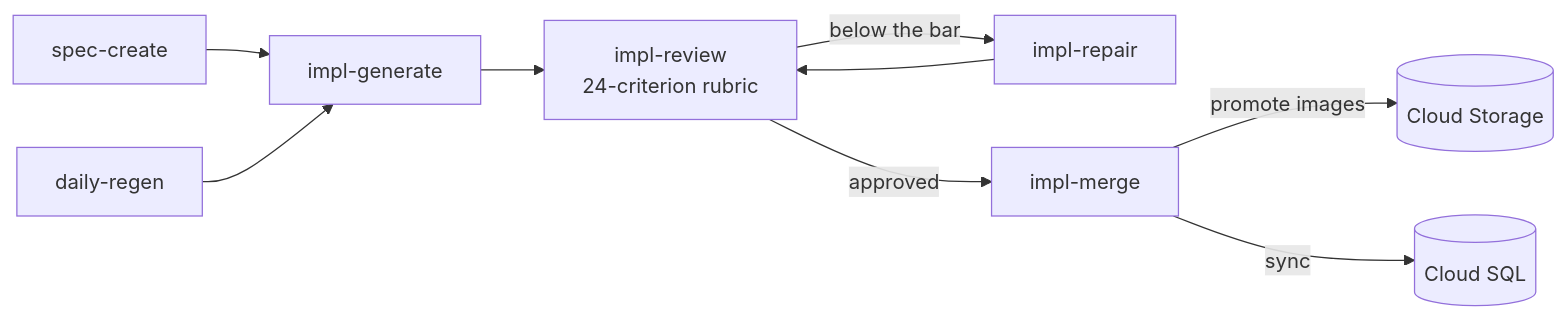
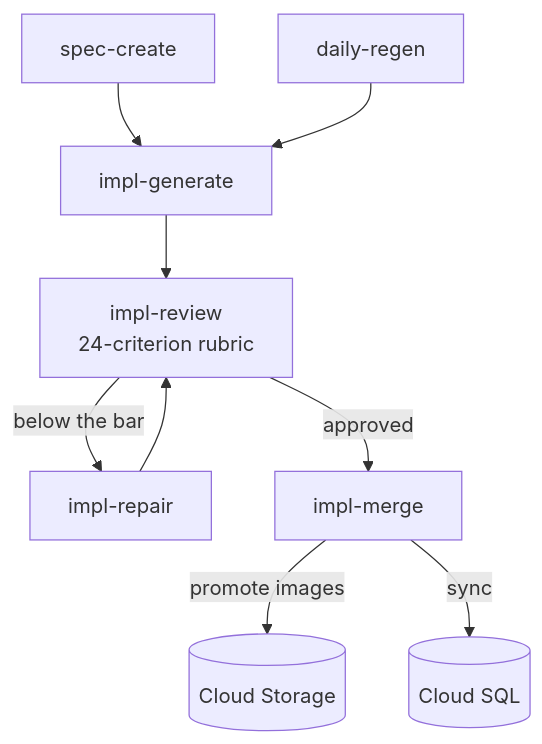
Before and after one commit to MarkusNeusinger/anyplot: the second of 2 diagrams in README.md, drawn with Mermaid.

Commit message:
docs(readme): the pipeline diagram top to bottom, at full scale on GitHub
Left to right it was 1,299 px wide, which GitHub shrank to 66 % (about
11 px text) with its zoom controls over the last node.

Claude-Session: https://claude.ai/code/session_01H7HSkGyea1k2v293XiAMo8

````diff
--- a/README.md
+++ b/README.md
@@ -96,10 +96,10 @@
 ```mermaid
-flowchart LR
+flowchart TB
   spec["spec-create"] --> gen["impl-generate"]
   regen["daily-regen"] --> gen
   gen --> review["impl-review<br>24-criterion rubric"]
   review -- "below the bar" --> repair["impl-repair"] --> review
   review -- "approved" --> merge["impl-merge"]
   merge -- "promote images" --> gcs[("Cloud Storage")]
   merge -- "sync" --> sql[("Cloud SQL")]
 ```
````
